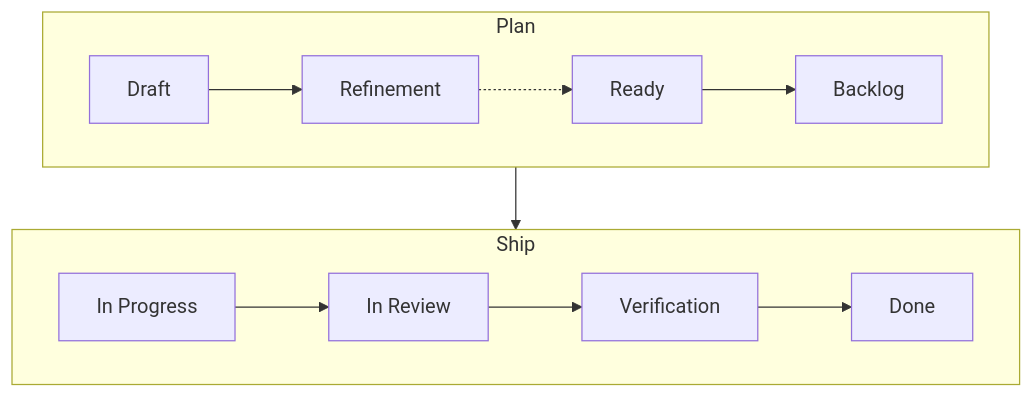
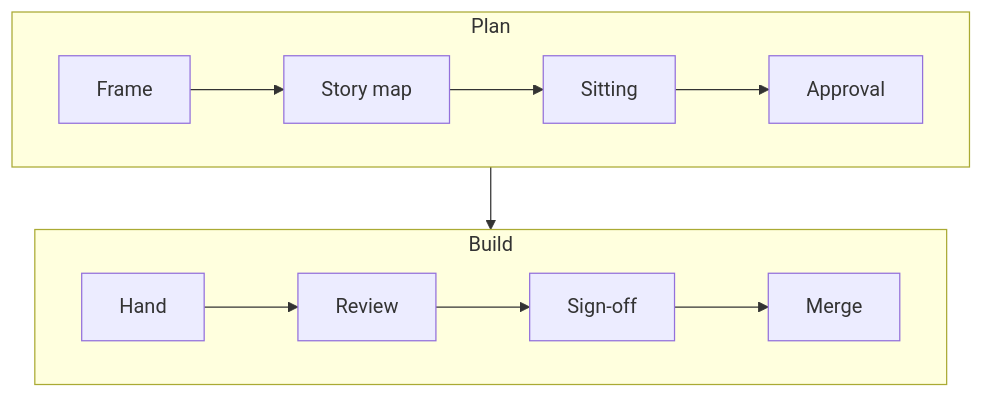
One commit to JSA-Partners/deckhand changed the diagram in README.md. Above: the diagram before and after it, drawn with Mermaid. The commit also changed other lines of this file and 6 other files, not shown here.

````diff
--- a/README.md
+++ b/README.md
@@ -31,18 +31,18 @@
 ```mermaid
 flowchart TB
     subgraph Plan
         direction LR
-        Draft --> Refinement
-        Refinement -.-> Ready
-        Ready --> Backlog
+        Frame --> StoryMap["Story map"]
+        StoryMap --> Sitting
+        Sitting --> Approval
     end
 
-    subgraph Ship
+    subgraph Build
         direction LR
-        InProgress["In Progress"] --> InReview["In Review"]
-        InReview --> Verification
-        Verification --> Done
+        Hand --> Review
+        Review --> SignOff["Sign-off"]
+        SignOff --> Merge
     end
 
-    Plan --> Ship
+    Plan --> Build
 ```
````
